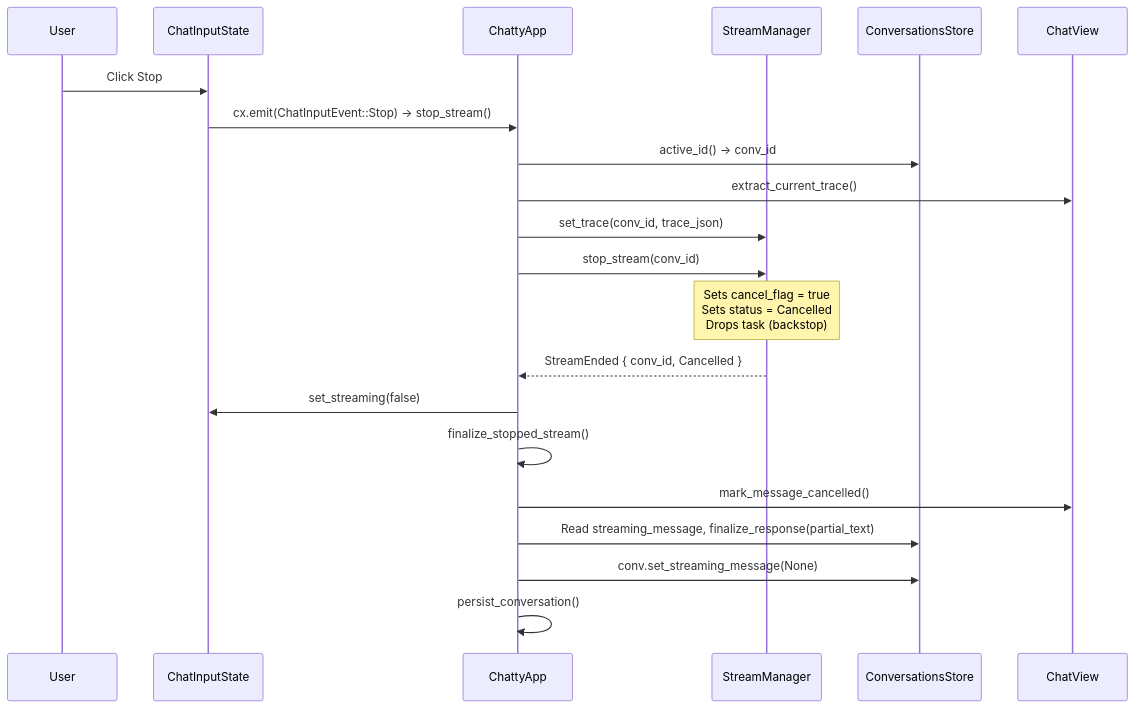
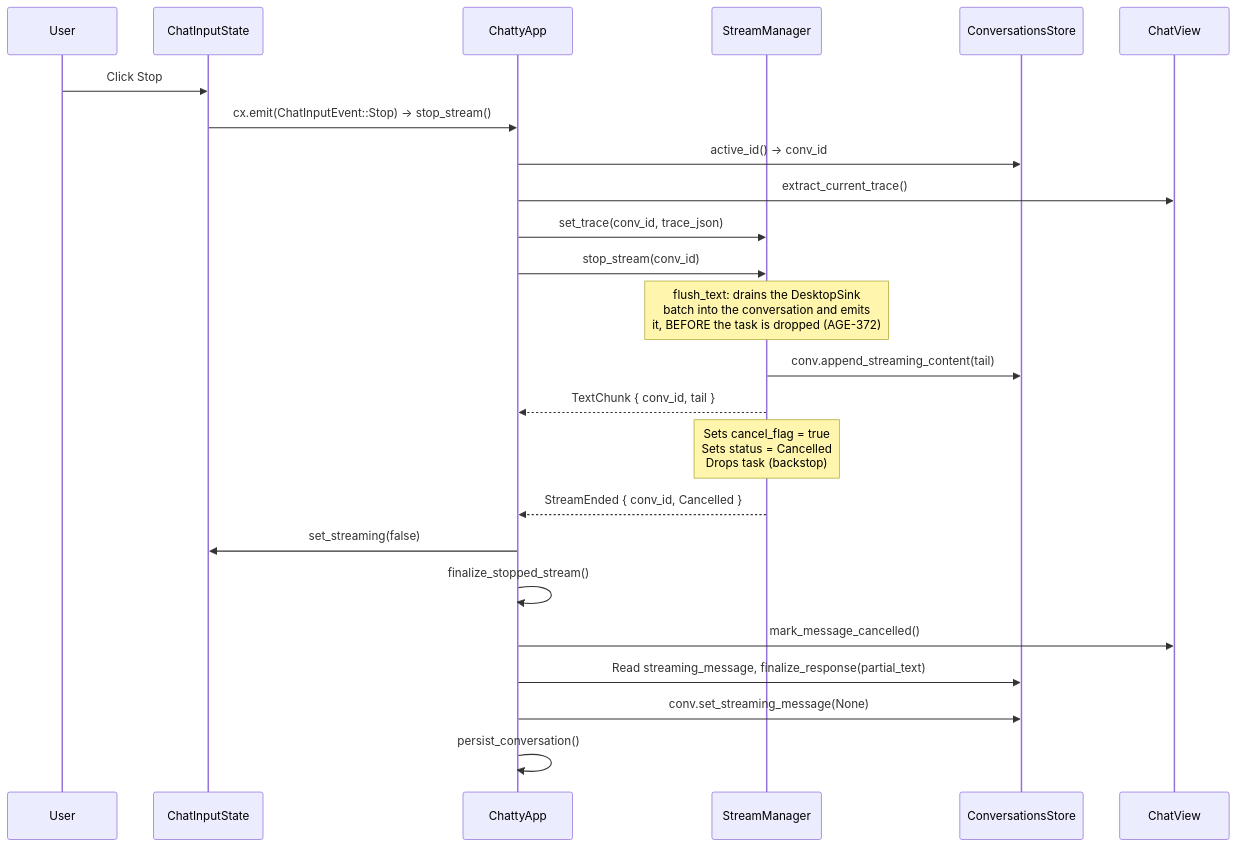
The fourth of 5 diagrams in docs/stream-manager.md (boersmamarcel/chatty2), drawn with Mermaid before and after one commit. The commit also changed other lines of this file and 3 other files, not shown here.

````diff
--- a/docs/stream-manager.md
+++ b/docs/stream-manager.md
@@ -257,26 +276,30 @@
 ```mermaid
 sequenceDiagram
     participant U as User
     participant CIS as ChatInputState
     participant CA as ChattyApp
     participant SM as StreamManager
     participant CS as ConversationsStore
     participant CV as ChatView
 
     U->>CIS: Click Stop
     CIS->>CA: cx.emit(ChatInputEvent::Stop) → stop_stream()
     CA->>CS: active_id() → conv_id
     CA->>CV: extract_current_trace()
     CA->>SM: set_trace(conv_id, trace_json)
     CA->>SM: stop_stream(conv_id)
 
+    Note over SM: flush_text: drains the DesktopSink<br/>batch into the conversation and emits<br/>it, BEFORE the task is dropped (AGE-372)
+    SM->>CS: conv.append_streaming_content(tail)
+    SM-->>CA: TextChunk { conv_id, tail }
+
     Note over SM: Sets cancel_flag = true<br/>Sets status = Cancelled<br/>Drops task (backstop)
 
     SM-->>CA: StreamEnded { conv_id, Cancelled }
     CA->>CIS: set_streaming(false)
     CA->>CA: finalize_stopped_stream()
     CA->>CV: mark_message_cancelled()
     CA->>CS: Read streaming_message, finalize_response(partial_text)
     CA->>CS: conv.set_streaming_message(None)
     CA->>CA: persist_conversation()
 ```
````
